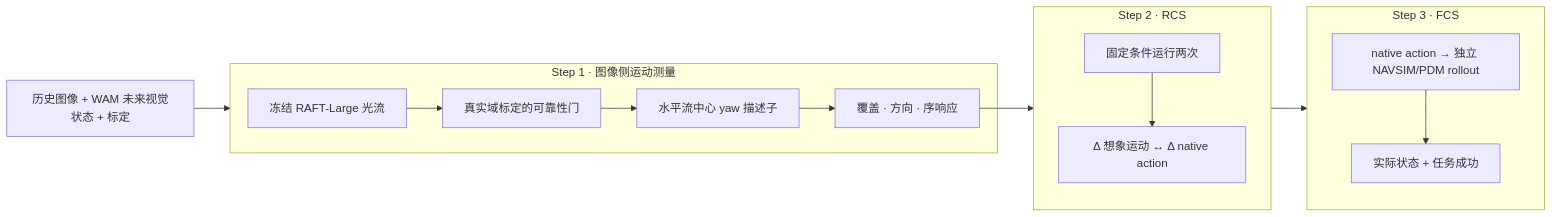
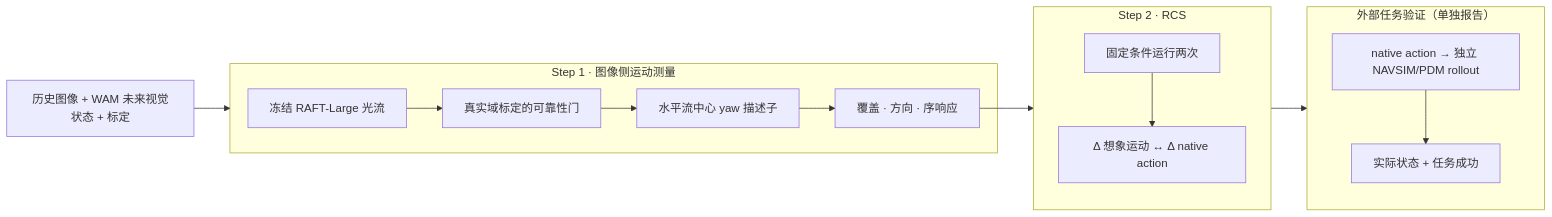
Before and after one commit to RiseBun/IAC: the diagram in README_zh.md, drawn with Mermaid. The commit also changed other lines of this file and 57 other files, not shown here.

````diff
--- a/README_zh.md
+++ b/README_zh.md
@@ -242,17 +240,17 @@
 ```mermaid
 flowchart LR
   I["历史图像 + WAM 未来视觉状态 + 标定"] --> S1
   subgraph S1["Step 1 · 图像侧运动测量"]
     S1a["冻结 RAFT-Large 光流"] --> S1b["真实域标定的可靠性门"]
     S1b --> S1c["水平流中心 yaw 描述子"]
     S1c --> S1d["覆盖 · 方向 · 序响应"]
   end
   S1d --> S2
   subgraph S2["Step 2 · RCS"]
     S2a["固定条件运行两次"] --> S2b["Δ 想象运动 ↔ Δ native action"]
   end
   S2 --> S3
-  subgraph S3["Step 3 · FCS"]
+  subgraph S3["外部任务验证（单独报告）"]
     S3a["native action → 独立 NAVSIM/PDM rollout"] --> S3b["实际状态 + 任务成功"]
   end
 ```
````
